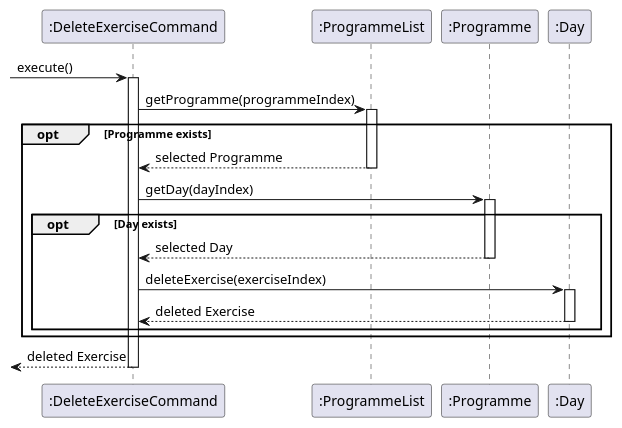
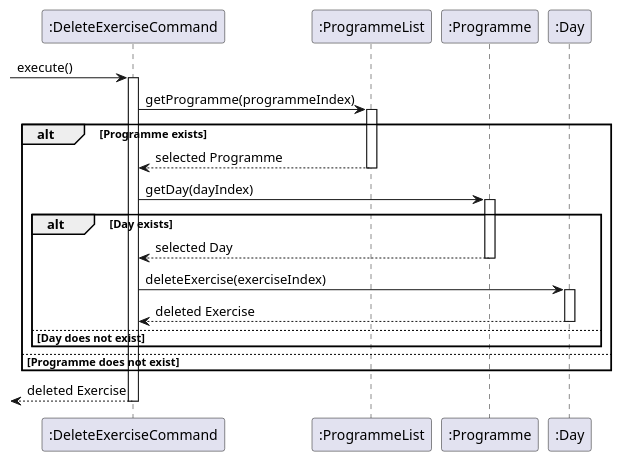
One commit to nus-cs2113-AY2425S1/tp changed the diagram in docs/diagrams/deleteExerciseCommand.puml. Above: the diagram before and after it, drawn with PlantUML. The commit also changed 44 other files, not shown here.

```diff
--- a/docs/diagrams/deleteExerciseCommand.puml
+++ b/docs/diagrams/deleteExerciseCommand.puml
@@ -1,33 +1,35 @@
 @startuml
 participant ":DeleteExerciseCommand" as Command
 participant ":ProgrammeList" as ProgrammeList
 participant ":Programme" as Programme
 participant ":Day" as Day
 
 -> Command : execute()
 activate Command
 
 Command -> ProgrammeList : getProgramme(programmeIndex)
 activate ProgrammeList
 
-opt Programme exists
+alt Programme exists
     ProgrammeList --> Command : selected Programme
     deactivate ProgrammeList
 
     Command -> Programme : getDay(dayIndex)
     activate Programme
 
-    opt Day exists
+    alt Day exists
         Programme --> Command : selected Day
         deactivate Programme
 
         Command -> Day: deleteExercise(exerciseIndex)
         activate Day
         Day --> Command: deleted Exercise
         deactivate Day
+        else Day does not exist
     end
+    else Programme does not exist
 end
 
 <-- Command  : deleted Exercise
 deactivate Command
 @enduml
```
